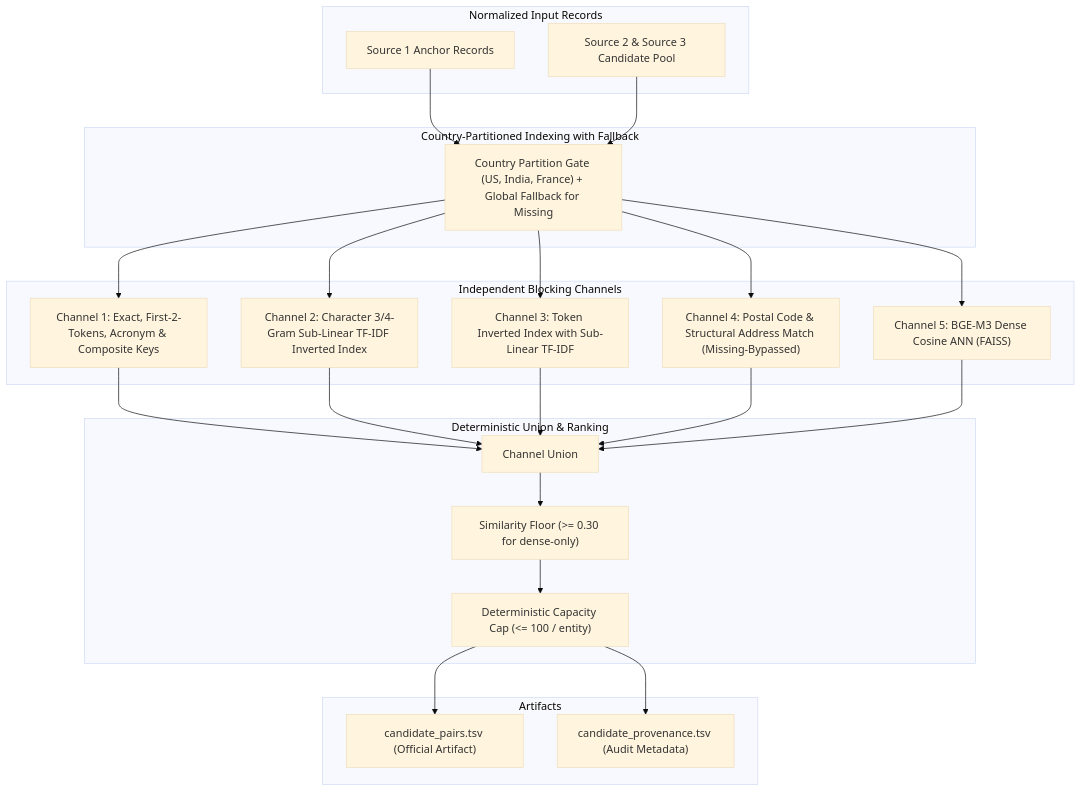
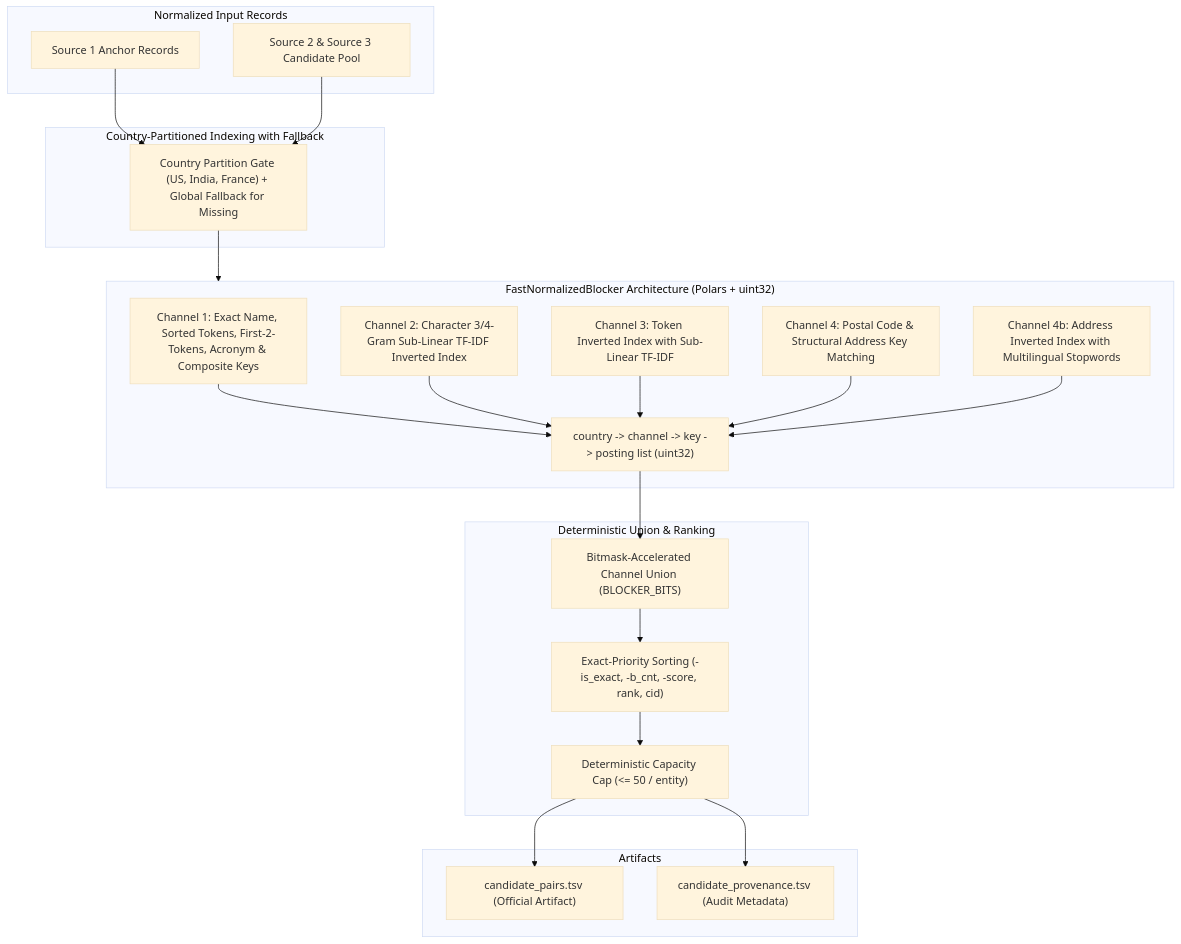
Before and after one commit to priyanshu-ogdev/AmazonMLChallenge2026: the diagram in docs/04_stage1_blocking.md, drawn with Mermaid (base theme). The commit also changed other lines of this file and 10 other files, not shown here.

Commit message:
docs: sync architecture, invariants, and memory optimizations

````diff
--- a/docs/04_stage1_blocking.md
+++ b/docs/04_stage1_blocking.md
@@ -46,34 +51,34 @@
 ```mermaid
 flowchart TD
     subgraph Input["Normalized Input Records"]
         S1["Source 1 Anchor Records"]
         S23["Source 2 & Source 3 Candidate Pool"]
     end
 
     subgraph Partition["Country-Partitioned Indexing with Fallback"]
         CP["Country Partition Gate (US, India, France) + Global Fallback for Missing"]
     end
 
-    subgraph Channels["Independent Blocking Channels"]
-        CH1["Channel 1: Exact, First-2-Tokens, Acronym & Composite Keys"]
+    subgraph PolarsEngine["FastNormalizedBlocker Architecture (Polars + uint32)"]
+        CH1["Channel 1: Exact Name, Sorted Tokens, First-2-Tokens, Acronym & Composite Keys"]
         CH2["Channel 2: Character 3/4-Gram Sub-Linear TF-IDF Inverted Index"]
         CH3["Channel 3: Token Inverted Index with Sub-Linear TF-IDF"]
-        CH4["Channel 4: Postal Code & Structural Address Match (Missing-Bypassed)"]
-        CH5["Channel 5: BGE-M3 Dense Cosine ANN (FAISS)"]
+        CH4["Channel 4: Postal Code & Structural Address Key Matching"]
+        CH4b["Channel 4b: Address Inverted Index with Multilingual Stopwords"]
+        IDX["country -> channel -> key -> posting list (uint32)"]
     end
 
     subgraph Aggregation["Deterministic Union & Ranking"]
-        U["Channel Union"]
-        F["Similarity Floor (>= 0.30 for dense-only)"]
-        C["Deterministic Capacity Cap (<= 100 / entity)"]
+        U["Bitmask-Accelerated Channel Union (BLOCKER_BITS)"]
+        P["Exact-Priority Sorting (-is_exact, -b_cnt, -score, rank, cid)"]
+        C["Deterministic Capacity Cap (<= 50 / entity)"]
     end
 
     subgraph Output["Artifacts"]
         OUT1["candidate_pairs.tsv (Official Artifact)"]
         OUT2["candidate_provenance.tsv (Audit Metadata)"]
     end
 
-    S1 & S23 --> CP
-    CP --> CH1 & CH2 & CH3 & CH4 & CH5
-    CH1 & CH2 & CH3 & CH4 & CH5 --> U --> F --> C --> OUT1 & OUT2
+    S1 & S23 --> CP --> PolarsEngine
+    CH1 & CH2 & CH3 & CH4 & CH4b --> IDX --> U --> P --> C --> OUT1 & OUT2
 ```
````
